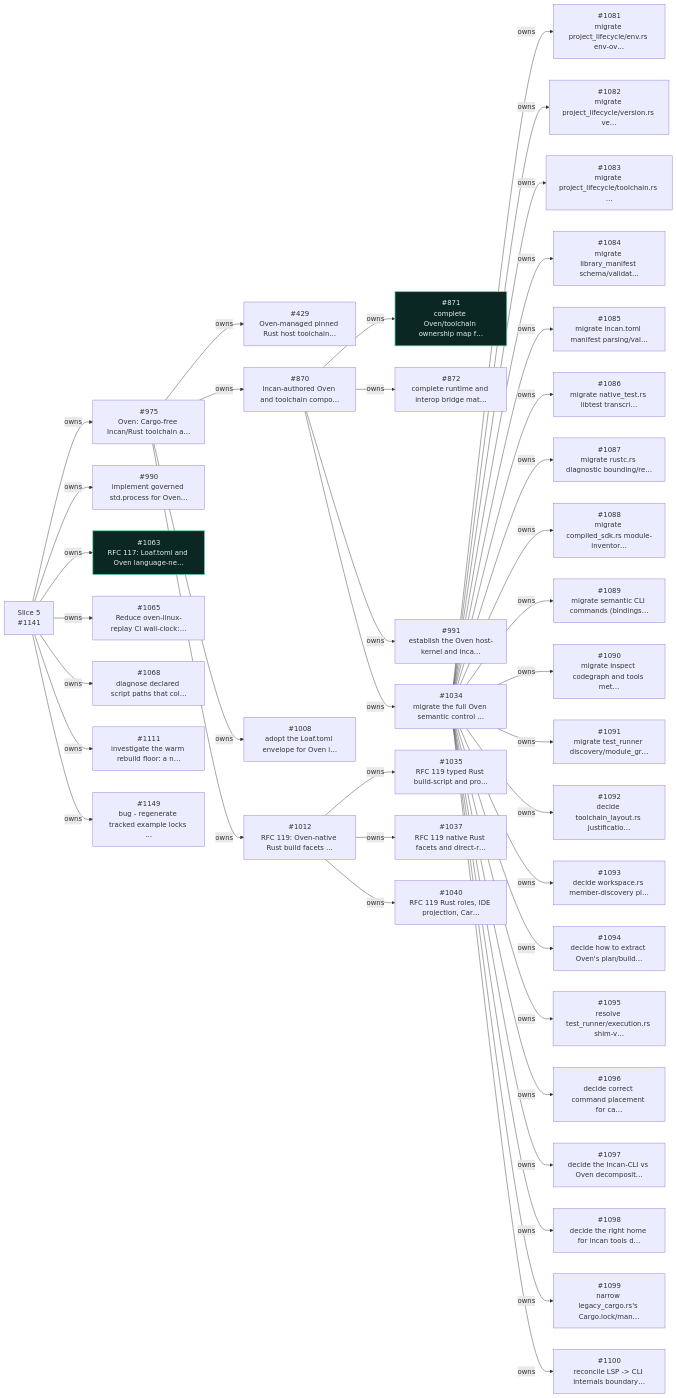
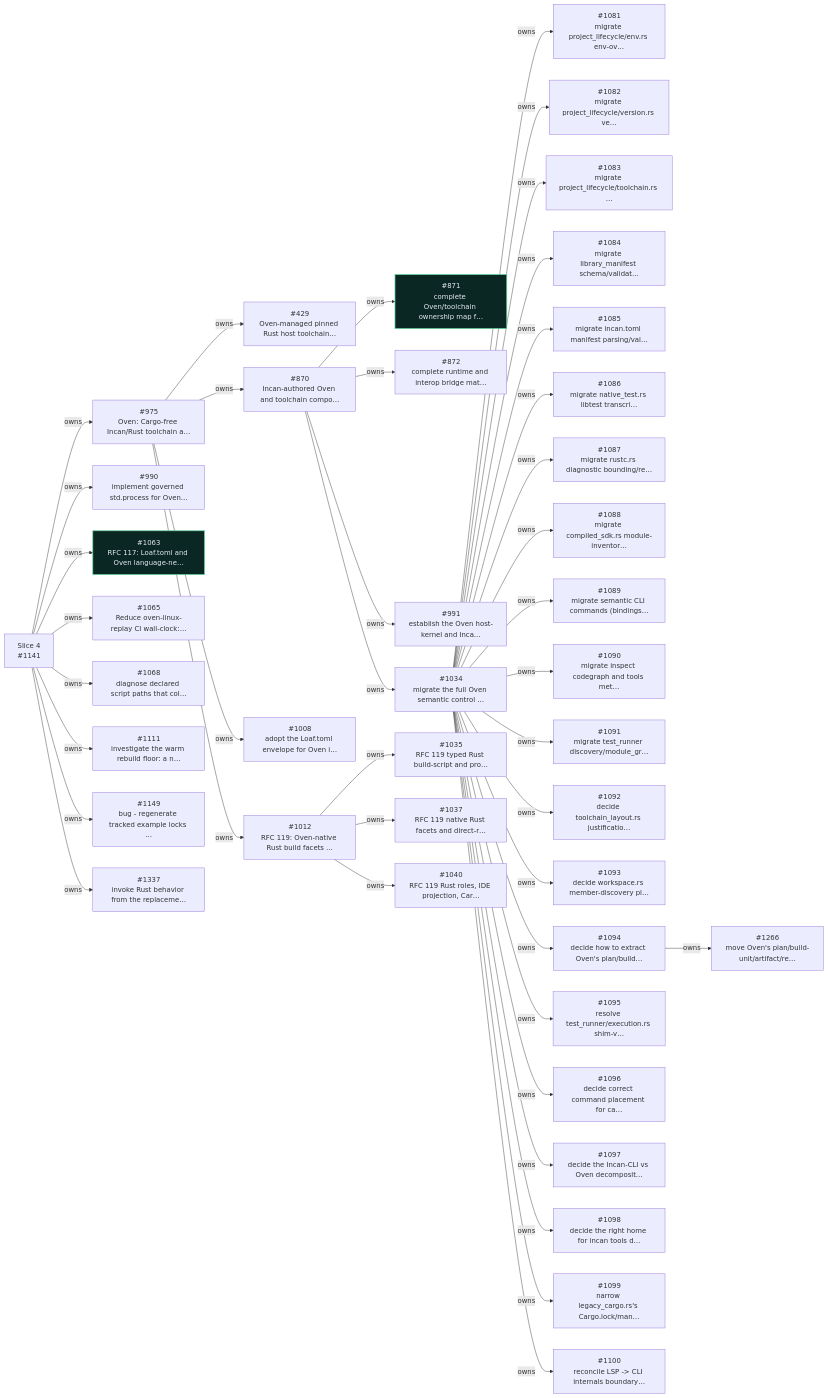
The fourth of 9 diagrams in workspaces/docs-site/docs/_snippets/project/v0_6_roadmap.md (dannys-code-corner/incan), drawn with Mermaid before and after one commit. The commit also changed other lines of this file and 3 other files, not shown here.

````diff
--- a/workspaces/docs-site/docs/_snippets/project/v0_6_roadmap.md
+++ b/workspaces/docs-site/docs/_snippets/project/v0_6_roadmap.md
@@ -360,8 +337,10 @@
   i1099["#1099<br/>narrow legacy_cargo.rs's Cargo.lock/man…"]
   i1100["#1100<br/>reconcile LSP -> CLI internals boundary…"]
   i1111["#1111<br/>investigate the warm rebuild floor: a n…"]
-  s1141["Slice 5<br/>#1141"]
+  s1141["Slice 4<br/>#1141"]
   i1149["#1149<br/>bug - regenerate tracked example locks …"]
+  i1266["#1266<br/>move Oven's plan/build-unit/artifact/re…"]
+  i1337["#1337<br/>invoke Rust behavior from the replaceme…"]
   i975 -- owns --> i429
   i975 -- owns --> i870
   i870 -- owns --> i871
@@ -400,6 +379,8 @@
   i1034 -- owns --> i1100
   s1141 -- owns --> i1111
   s1141 -- owns --> i1149
+  i1094 -- owns --> i1266
+  s1141 -- owns --> i1337
   classDef incv06complete fill:#0b2724,stroke:#66d9a3,color:#e4ebf2,stroke-width:1.7px
   class i871,i1063 incv06complete
   click i429 href "https://github.com/encero-systems/incan/issues/429" "Open #429 on GitHub"
@@ -441,4 +422,6 @@
   click i1111 href "https://github.com/encero-systems/incan/issues/1111" "Open #1111 on GitHub"
   click s1141 href "https://github.com/encero-systems/incan/issues/1141" "Open #1141 on GitHub"
   click i1149 href "https://github.com/encero-systems/incan/issues/1149" "Open #1149 on GitHub"
+  click i1266 href "https://github.com/encero-systems/incan/issues/1266" "Open #1266 on GitHub"
+  click i1337 href "https://github.com/encero-systems/incan/issues/1337" "Open #1337 on GitHub"
 ```
````
